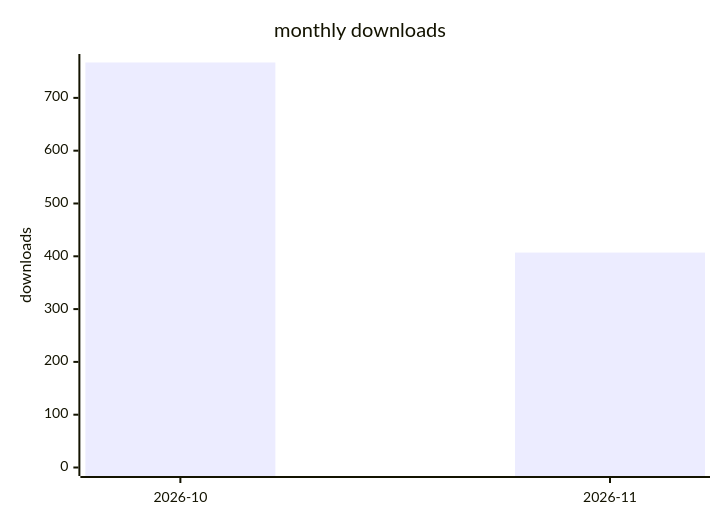
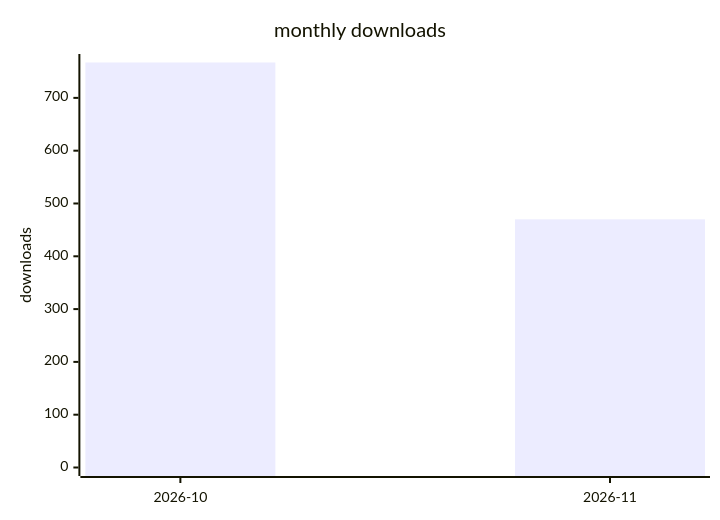
The second of 2 diagrams in docs/downloads-2026.md (terry2010/opencode-loop-recover), drawn with Mermaid before and after one commit. The commit also changed other lines of this file and 1 other file, not shown here.

````diff
--- a/docs/downloads-2026.md
+++ b/docs/downloads-2026.md
@@ -29,7 +29,7 @@
 ```mermaid
 xychart-beta
     title "monthly downloads"
     x-axis ["2026-10", "2026-11"]
     y-axis "downloads" 0 --> 767
-    bar [767, 407]
+    bar [767, 470]
 ```
````
